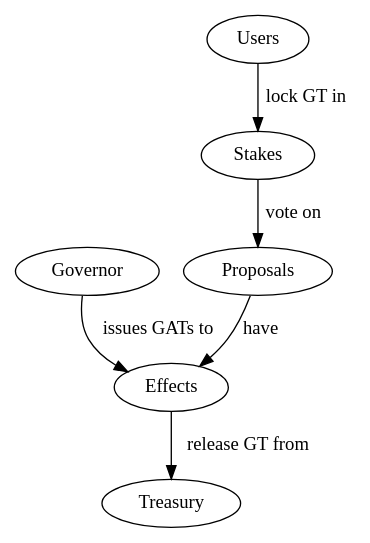
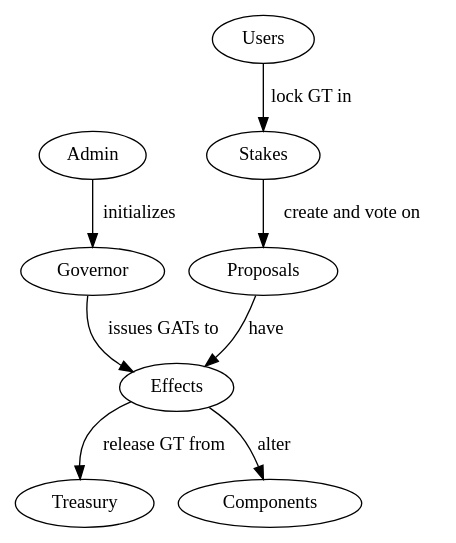
One commit to Liqwid-Labs/agora changed the diagram in docs/diagrams/gov-overview.dot. Above: the diagram before and after it, drawn with Graphviz. The commit also changed 13 other files, not shown here.

```diff
--- a/docs/diagrams/gov-overview.dot
+++ b/docs/diagrams/gov-overview.dot
@@ -1,7 +1,9 @@
 digraph {
-  Stakes -> Proposals [label="vote on"]
+  Stakes -> Proposals [label="create and vote on"]
   Proposals -> Effects [label="have"]
+  Admin-> Governor [label="initializes"]
   Governor -> Effects [label="issues GATs to"]
   Users -> Stakes [label="lock GT in"]
   Effects -> Treasury [label="release GT from"]
+  Effects -> Components [label="alter"]
 }
```
